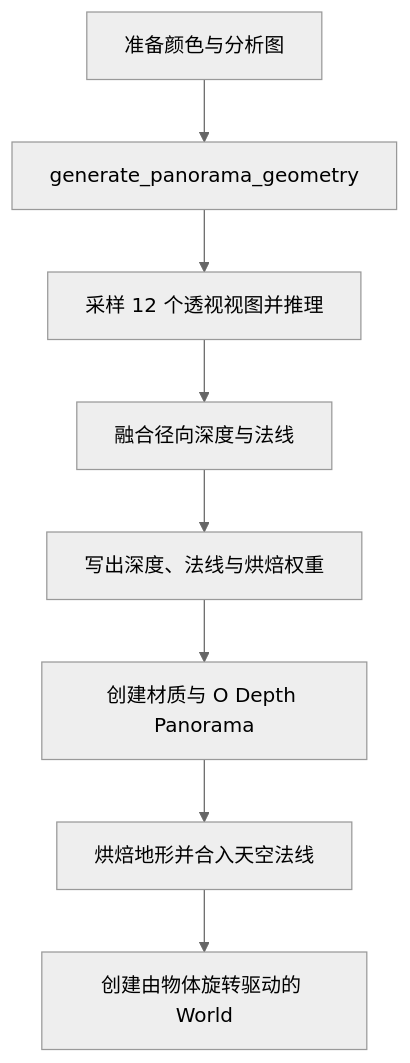
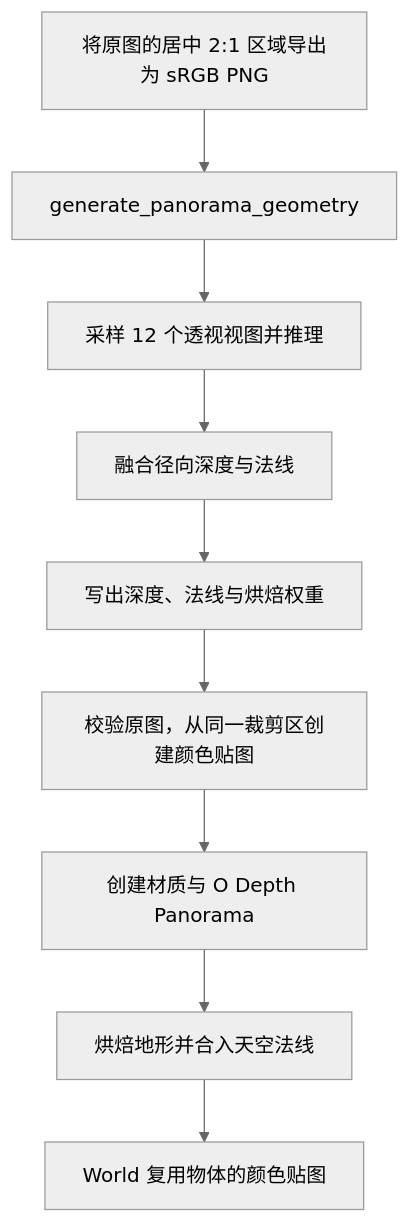
Before and after one commit to OmooLab/AnyImage: the diagram in docs/develop/operators/convert-to-panorama.md, drawn with Mermaid (neutral theme). The commit also changed other lines of this file and 126 other files, not shown here.

````diff
--- a/docs/develop/operators/convert-to-panorama.md
+++ b/docs/develop/operators/convert-to-panorama.md
@@ -5,10 +5,11 @@
 ```mermaid
 flowchart TD
-    A[准备颜色与分析图] --> B[generate_panorama_geometry]
+    A["将原图的居中 2:1 区域导出为 sRGB PNG"] --> B[generate_panorama_geometry]
     B --> C[采样 12 个透视视图并推理]
     C --> D[融合径向深度与法线]
     D --> E[写出深度、法线与烘焙权重]
-    E --> F[创建材质与 O Depth Panorama]
+    E --> color[校验原图，从同一裁剪区创建颜色贴图]
+    color --> F[创建材质与 O Depth Panorama]
     F --> G[烘焙地形并合入天空法线]
-    G --> H[创建由物体旋转驱动的 World]
+    G --> H[World 复用物体的颜色贴图]
 ```
````
